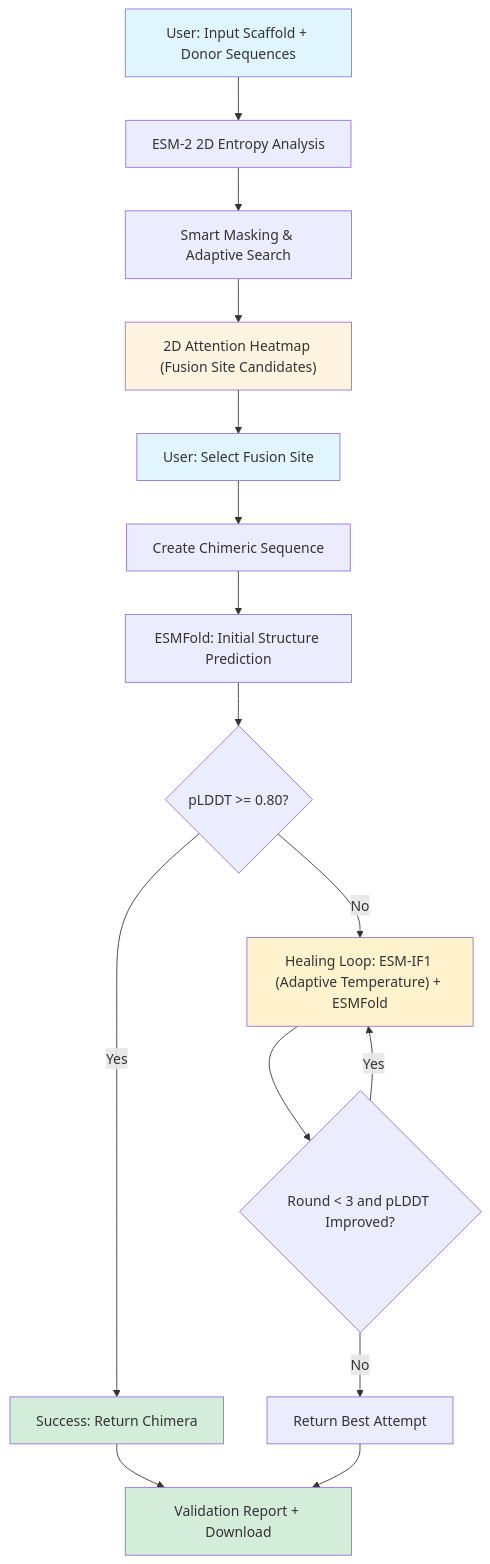
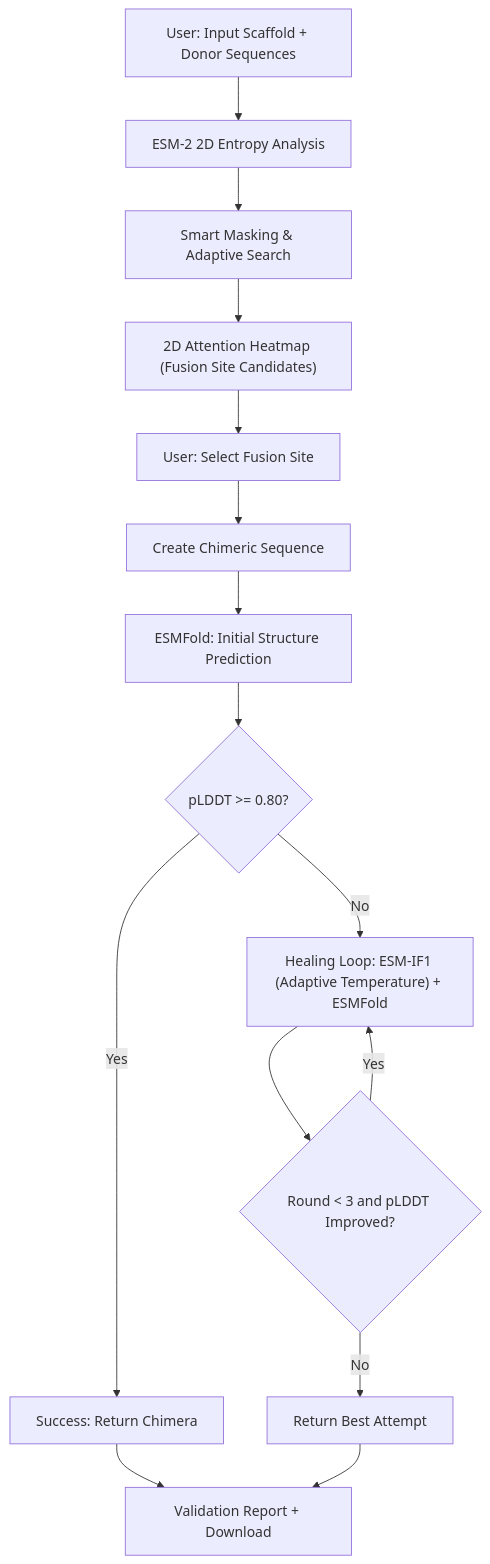
One commit to yaho3122/lab-apps-portfolio changed the diagram in Bioinformatics-Tools/ProteoForge/architecture.md. Above: the diagram before and after it, drawn with Mermaid.

````diff
--- a/Bioinformatics-Tools/ProteoForge/architecture.md
+++ b/Bioinformatics-Tools/ProteoForge/architecture.md
@@ -162,23 +162,18 @@
 ```mermaid
 graph TD
     A[User: Input Scaffold + Donor Sequences] --> B[ESM-2 2D Entropy Analysis]
     B --> C[Smart Masking & Adaptive Search]
     C --> D["2D Attention Heatmap (Fusion Site Candidates)"]
     D --> E[User: Select Fusion Site]
     E --> F[Create Chimeric Sequence]
     F --> G[ESMFold: Initial Structure Prediction]
     G --> H{"pLDDT >= 0.80?"}
     H -- Yes --> I[Success: Return Chimera]
     H -- No --> J["Healing Loop: ESM-IF1 (Adaptive Temperature) + ESMFold"]
     J --> K{"Round < 3 and pLDDT Improved?"}
     K -- Yes --> J
     K -- No --> L[Return Best Attempt]
     I --> M[Validation Report + Download]
     L --> M
-    style A fill:#e1f5ff
-    style D fill:#fff4e1
-    style E fill:#e1f5ff
-    style I fill:#d4edda
-    style J fill:#fff3cd
-    style M fill:#d4edda
+  
 ```
````
